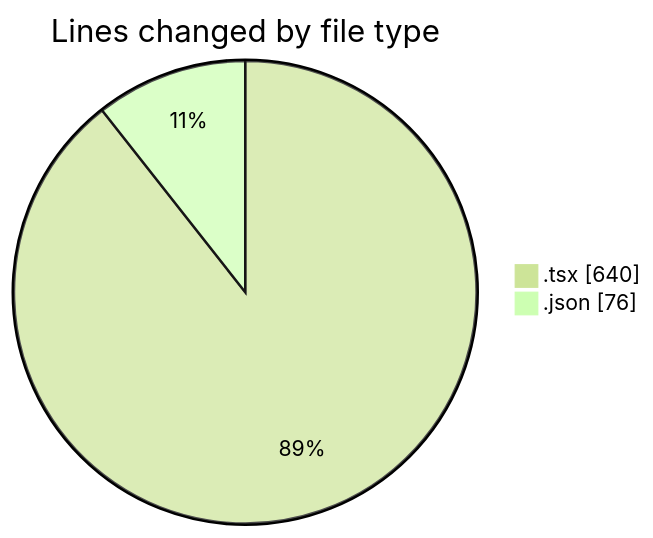
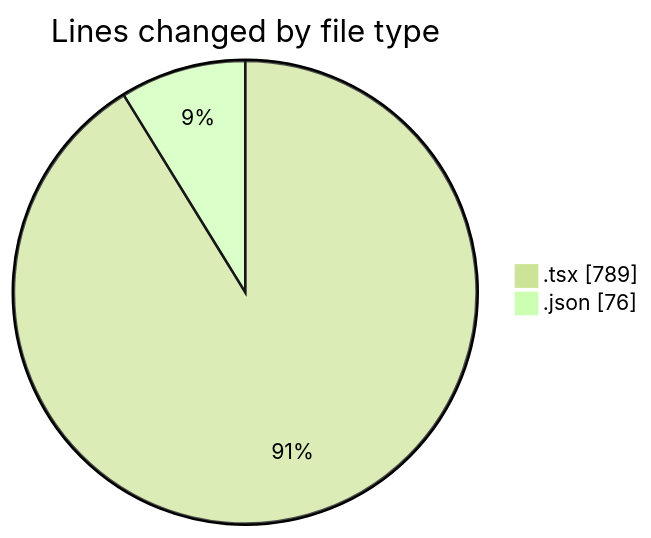
The first of 2 diagrams in 2026-01-30/nxtqube_webapp/README.md (nxtqubesakshisongat/code-tracking), drawn with Mermaid (forest theme) before and after one commit. The commit also changed other lines of this file and 1 other file, not shown here.

````diff
--- a/2026-01-30/nxtqube_webapp/README.md
+++ b/2026-01-30/nxtqube_webapp/README.md
@@ -23,6 +23,6 @@
 ```mermaid
 pie showData
 title Lines changed by file type
-".tsx" : 640
+".tsx" : 789
 ".json" : 76
 ```
````
